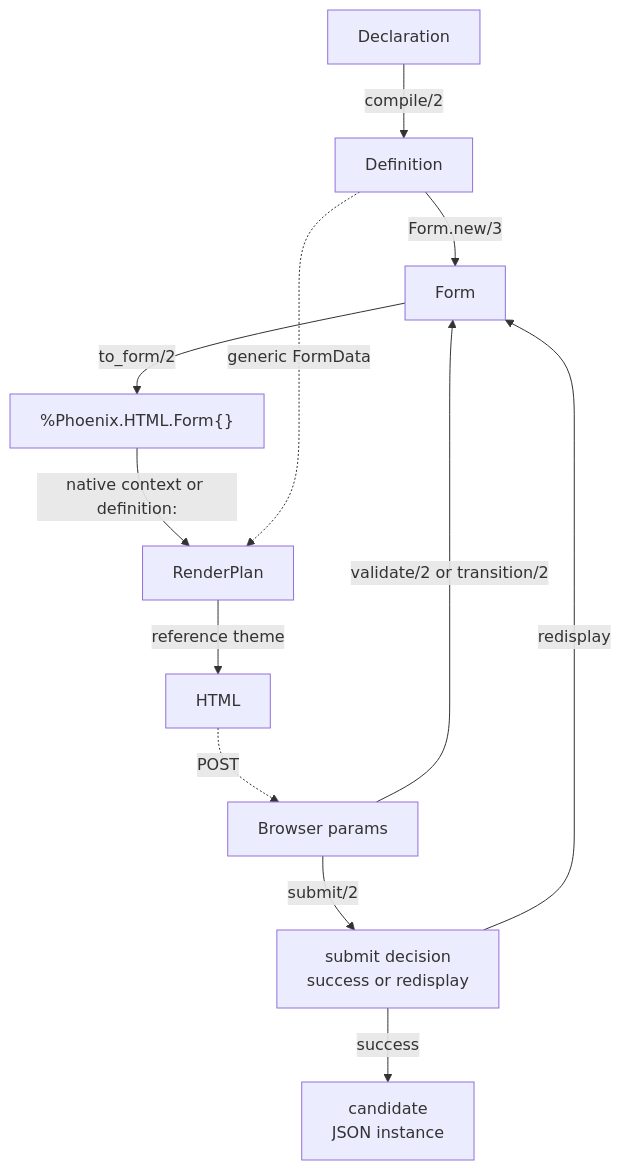
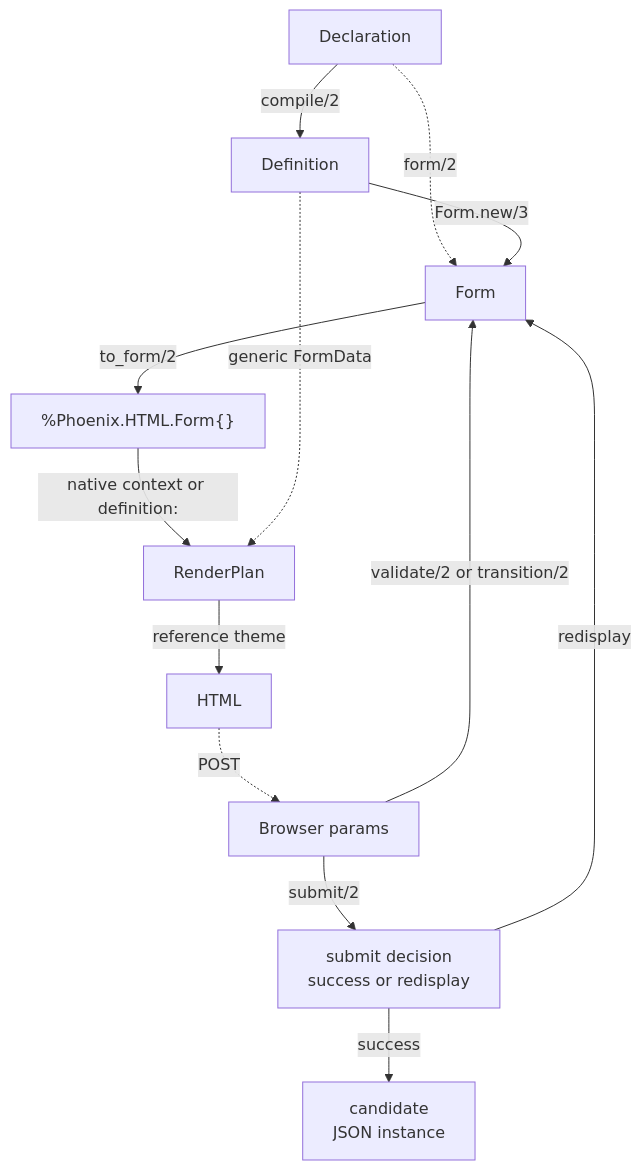
Before and after one commit to kioopi/formentation: the diagram in docs/Formentation/Techdocs/end-to-end-data-flow.md, drawn with Mermaid. The commit also changed other lines of this file and 6 other files, not shown here.

````diff
--- a/docs/Formentation/Techdocs/end-to-end-data-flow.md
+++ b/docs/Formentation/Techdocs/end-to-end-data-flow.md
@@ -29,26 +29,27 @@
 ```mermaid
 flowchart TD
     Decl["Declaration"]
     Def["Definition"]
     State["Form"]
     PForm["%Phoenix.HTML.Form{}"]
     Plan["RenderPlan"]
     HTML["HTML"]
     Params["Browser params"]
     Decision["submit decision<br/>success or redisplay"]
     Cand["candidate<br/>JSON instance"]
 
     Decl -->|"compile/2"| Def
+    Decl -.->|"form/2"| State
     Def -->|"Form.new/3"| State
     State -->|"to_form/2"| PForm
     PForm -->|"native context or definition:"| Plan
     Def -.->|"generic FormData"| Plan
     Plan -->|"reference theme"| HTML
     HTML -.->|"POST"| Params
     Params -->|"validate/2 or transition/2"| State
     Params -->|"submit/2"| Decision
     Decision -->|"success"| Cand
     Decision -->|"redisplay"| State
 
     class Def,State,Plan internal-link
 ```
````
